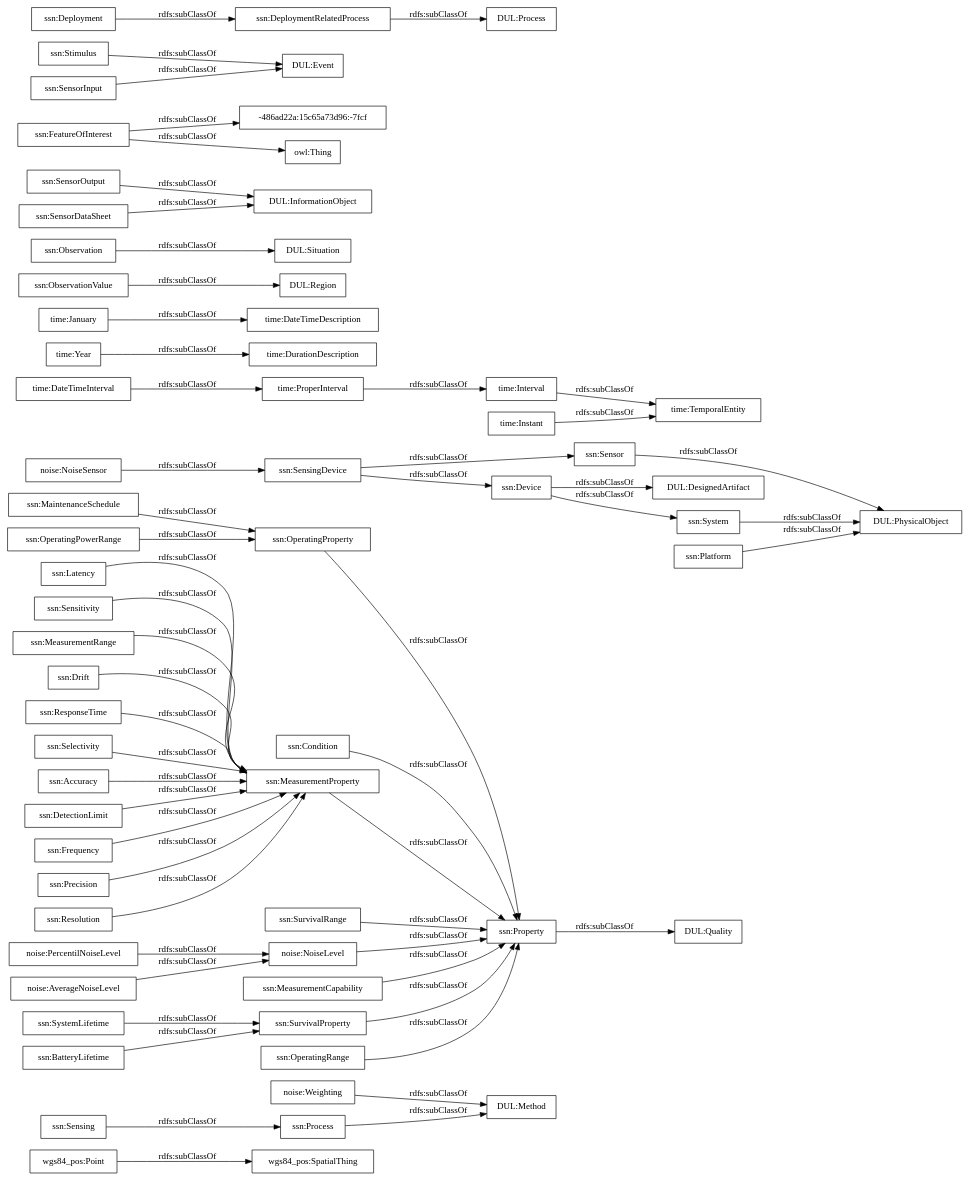
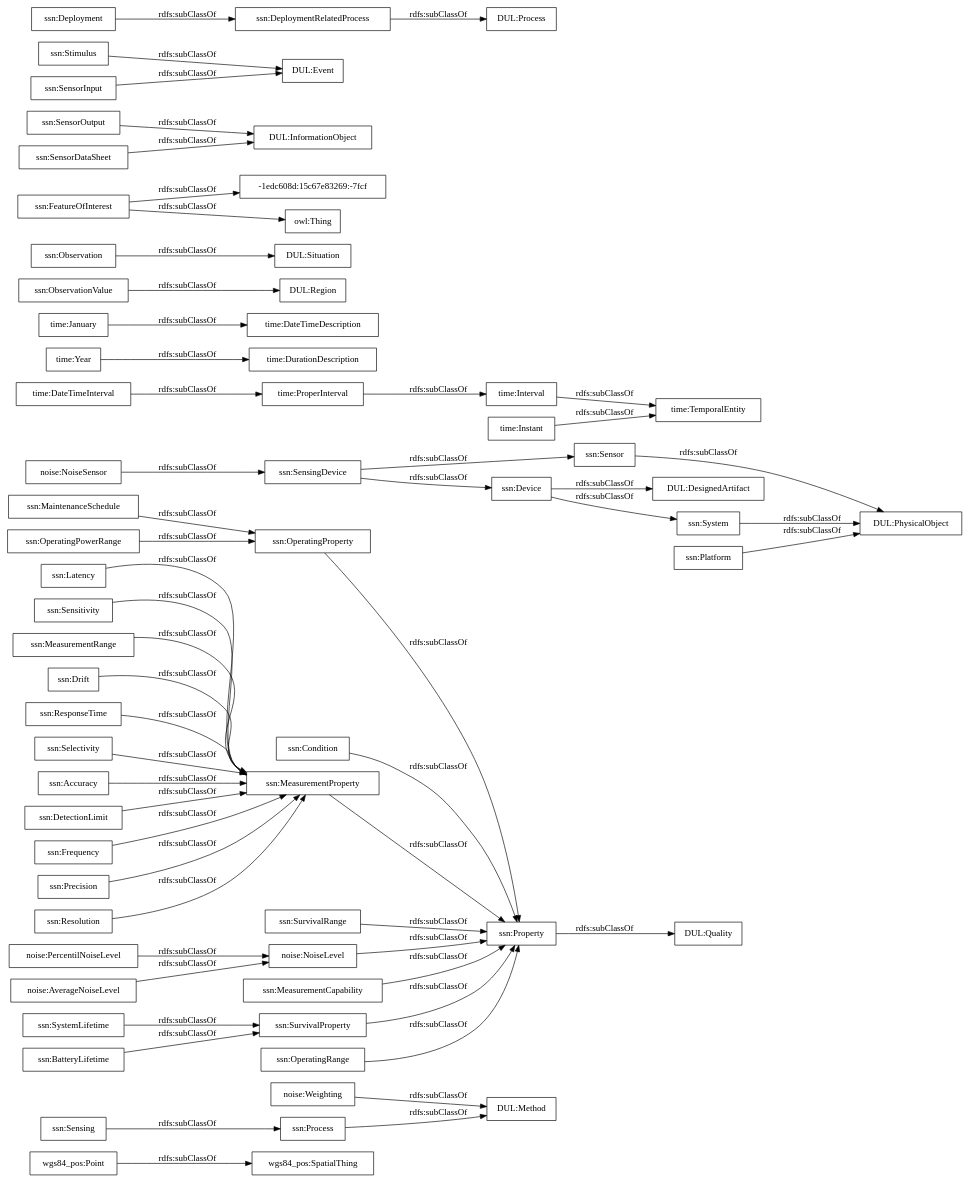
The diagram in OnToology/contaminacion-acustica.owl/diagrams/ar2dtool-taxonomy/contaminacion-acustica.owl.png.dot (paoespinozarias/ContaminacionAcustica-Ontology), drawn with Graphviz before and after one commit. The commit also changed 6 other files, not shown here.

```diff
--- a/OnToology/contaminacion-acustica.owl/diagrams/ar2dtool-taxonomy/contaminacion-acustica.owl.png.dot
+++ b/OnToology/contaminacion-acustica.owl/diagrams/ar2dtool-taxonomy/contaminacion-acustica.owl.png.dot
@@ -1,60 +1,60 @@
 digraph ar2dtool_diagram { 
 rankdir=LR;
 size="1000"
-node [shape = rectangle, color="black"]; "wgs84_pos:SpatialThing" "wgs84_pos:Point" "noise:Weighting" "noise:PercentilNoiseLevel" "noise:NoiseSensor" "noise:NoiseLevel" "noise:AverageNoiseLevel" "time:DateTimeInterval" "time:DurationDescription" "time:January" "time:ProperInterval" "time:Interval" "time:TemporalEntity" "time:Year" "time:DateTimeDescription" "time:Instant" "ssn:Accuracy" "ssn:DetectionLimit" "ssn:Frequency" "ssn:Condition" "DUL:Region" "DUL:Situation" "DUL:PhysicalObject" "ssn:SensorOutput" "ssn:Precision" "ssn:Resolution" "DUL:Quality" "ssn:FeatureOfInterest" "-486ad22a:15c65a73d96:-7fcf" "ssn:Sensor" "DUL:InformationObject" "ssn:OperatingProperty" "DUL:Event" "ssn:OperatingPowerRange" "DUL:Method" "ssn:MaintenanceSchedule" "ssn:Sensing" "ssn:Latency" "ssn:SurvivalRange" "ssn:SensingDevice" "DUL:DesignedArtifact" "ssn:Sensitivity" "ssn:Stimulus" "DUL:Process" "ssn:MeasurementRange" "ssn:System" "ssn:SystemLifetime" "ssn:Property" "ssn:MeasurementProperty" "ssn:Process" "ssn:Deployment" "ssn:MeasurementCapability" "ssn:BatteryLifetime" "ssn:Drift" "ssn:DeploymentRelatedProcess" "ssn:SensorInput" "ssn:ResponseTime" "ssn:ObservationValue" "ssn:SensorDataSheet" "ssn:Observation" "ssn:Selectivity" "ssn:SurvivalProperty" "ssn:Device" "ssn:OperatingRange" "ssn:Platform" ; /*classes style*/
+node [shape = rectangle, color="black"]; "wgs84_pos:SpatialThing" "wgs84_pos:Point" "noise:Weighting" "noise:PercentilNoiseLevel" "noise:NoiseSensor" "noise:NoiseLevel" "noise:AverageNoiseLevel" "time:DateTimeInterval" "time:DurationDescription" "time:January" "time:ProperInterval" "time:Interval" "time:TemporalEntity" "time:Year" "time:DateTimeDescription" "time:Instant" "ssn:Accuracy" "ssn:DetectionLimit" "ssn:Frequency" "ssn:Condition" "DUL:Region" "DUL:Situation" "DUL:PhysicalObject" "-1edc608d:15c67e83269:-7fcf" "ssn:SensorOutput" "ssn:Precision" "ssn:Resolution" "DUL:Quality" "ssn:FeatureOfInterest" "ssn:Sensor" "DUL:InformationObject" "ssn:OperatingProperty" "DUL:Event" "ssn:OperatingPowerRange" "DUL:Method" "ssn:MaintenanceSchedule" "ssn:Sensing" "ssn:Latency" "ssn:SurvivalRange" "ssn:SensingDevice" "DUL:DesignedArtifact" "ssn:Sensitivity" "ssn:Stimulus" "DUL:Process" "ssn:MeasurementRange" "ssn:System" "ssn:SystemLifetime" "ssn:Property" "ssn:MeasurementProperty" "ssn:Process" "ssn:Deployment" "ssn:MeasurementCapability" "ssn:BatteryLifetime" "ssn:Drift" "ssn:DeploymentRelatedProcess" "ssn:SensorInput" "ssn:ResponseTime" "ssn:ObservationValue" "ssn:SensorDataSheet" "ssn:Observation" "ssn:Selectivity" "ssn:SurvivalProperty" "ssn:Device" "ssn:OperatingRange" "ssn:Platform" ; /*classes style*/
 	"noise:AverageNoiseLevel" -> "noise:NoiseLevel" [ label = "rdfs:subClassOf" ];
 	"ssn:Deployment" -> "ssn:DeploymentRelatedProcess" [ label = "rdfs:subClassOf" ];
 	"ssn:SensingDevice" -> "ssn:Sensor" [ label = "rdfs:subClassOf" ];
 	"ssn:SensingDevice" -> "ssn:Device" [ label = "rdfs:subClassOf" ];
 	"ssn:DeploymentRelatedProcess" -> "DUL:Process" [ label = "rdfs:subClassOf" ];
 	"ssn:Accuracy" -> "ssn:MeasurementProperty" [ label = "rdfs:subClassOf" ];
 	"time:Instant" -> "time:TemporalEntity" [ label = "rdfs:subClassOf" ];
 	"ssn:FeatureOfInterest" -> "owl:Thing" [ label = "rdfs:subClassOf" ];
-	"ssn:FeatureOfInterest" -> "-486ad22a:15c65a73d96:-7fcf" [ label = "rdfs:subClassOf" ];
+	"ssn:FeatureOfInterest" -> "-1edc608d:15c67e83269:-7fcf" [ label = "rdfs:subClassOf" ];
 	"ssn:Latency" -> "ssn:MeasurementProperty" [ label = "rdfs:subClassOf" ];
 	"ssn:Process" -> "DUL:Method" [ label = "rdfs:subClassOf" ];
 	"noise:Weighting" -> "DUL:Method" [ label = "rdfs:subClassOf" ];
 	"time:ProperInterval" -> "time:Interval" [ label = "rdfs:subClassOf" ];
 	"ssn:Property" -> "DUL:Quality" [ label = "rdfs:subClassOf" ];
 	"ssn:MeasurementProperty" -> "ssn:Property" [ label = "rdfs:subClassOf" ];
 	"wgs84_pos:Point" -> "wgs84_pos:SpatialThing" [ label = "rdfs:subClassOf" ];
 	"ssn:ResponseTime" -> "ssn:MeasurementProperty" [ label = "rdfs:subClassOf" ];
 	"ssn:OperatingRange" -> "ssn:Property" [ label = "rdfs:subClassOf" ];
 	"noise:NoiseLevel" -> "ssn:Property" [ label = "rdfs:subClassOf" ];
 	"ssn:MeasurementRange" -> "ssn:MeasurementProperty" [ label = "rdfs:subClassOf" ];
 	"ssn:Stimulus" -> "DUL:Event" [ label = "rdfs:subClassOf" ];
 	"ssn:SurvivalProperty" -> "ssn:Property" [ label = "rdfs:subClassOf" ];
 	"ssn:MaintenanceSchedule" -> "ssn:OperatingProperty" [ label = "rdfs:subClassOf" ];
 	"ssn:SensorInput" -> "DUL:Event" [ label = "rdfs:subClassOf" ];
 	"ssn:Sensitivity" -> "ssn:MeasurementProperty" [ label = "rdfs:subClassOf" ];
 	"ssn:Drift" -> "ssn:MeasurementProperty" [ label = "rdfs:subClassOf" ];
 	"ssn:System" -> "DUL:PhysicalObject" [ label = "rdfs:subClassOf" ];
 	"ssn:Resolution" -> "ssn:MeasurementProperty" [ label = "rdfs:subClassOf" ];
 	"ssn:Precision" -> "ssn:MeasurementProperty" [ label = "rdfs:subClassOf" ];
 	"noise:PercentilNoiseLevel" -> "noise:NoiseLevel" [ label = "rdfs:subClassOf" ];
 	"ssn:DetectionLimit" -> "ssn:MeasurementProperty" [ label = "rdfs:subClassOf" ];
 	"time:DateTimeInterval" -> "time:ProperInterval" [ label = "rdfs:subClassOf" ];
 	"ssn:Sensor" -> "DUL:PhysicalObject" [ label = "rdfs:subClassOf" ];
 	"ssn:SensorDataSheet" -> "DUL:InformationObject" [ label = "rdfs:subClassOf" ];
 	"ssn:OperatingPowerRange" -> "ssn:OperatingProperty" [ label = "rdfs:subClassOf" ];
 	"time:Interval" -> "time:TemporalEntity" [ label = "rdfs:subClassOf" ];
 	"noise:NoiseSensor" -> "ssn:SensingDevice" [ label = "rdfs:subClassOf" ];
 	"time:January" -> "time:DateTimeDescription" [ label = "rdfs:subClassOf" ];
 	"ssn:ObservationValue" -> "DUL:Region" [ label = "rdfs:subClassOf" ];
 	"ssn:Device" -> "DUL:DesignedArtifact" [ label = "rdfs:subClassOf" ];
 	"ssn:Device" -> "ssn:System" [ label = "rdfs:subClassOf" ];
 	"ssn:Platform" -> "DUL:PhysicalObject" [ label = "rdfs:subClassOf" ];
 	"time:Year" -> "time:DurationDescription" [ label = "rdfs:subClassOf" ];
 	"ssn:OperatingProperty" -> "ssn:Property" [ label = "rdfs:subClassOf" ];
 	"ssn:Selectivity" -> "ssn:MeasurementProperty" [ label = "rdfs:subClassOf" ];
 	"ssn:BatteryLifetime" -> "ssn:SurvivalProperty" [ label = "rdfs:subClassOf" ];
 	"ssn:Observation" -> "DUL:Situation" [ label = "rdfs:subClassOf" ];
 	"ssn:Sensing" -> "ssn:Process" [ label = "rdfs:subClassOf" ];
 	"ssn:SystemLifetime" -> "ssn:SurvivalProperty" [ label = "rdfs:subClassOf" ];
 	"ssn:SurvivalRange" -> "ssn:Property" [ label = "rdfs:subClassOf" ];
 	"ssn:Frequency" -> "ssn:MeasurementProperty" [ label = "rdfs:subClassOf" ];
 	"ssn:SensorOutput" -> "DUL:InformationObject" [ label = "rdfs:subClassOf" ];
 	"ssn:Condition" -> "ssn:Property" [ label = "rdfs:subClassOf" ];
 	"ssn:MeasurementCapability" -> "ssn:Property" [ label = "rdfs:subClassOf" ];
 
 }
```
